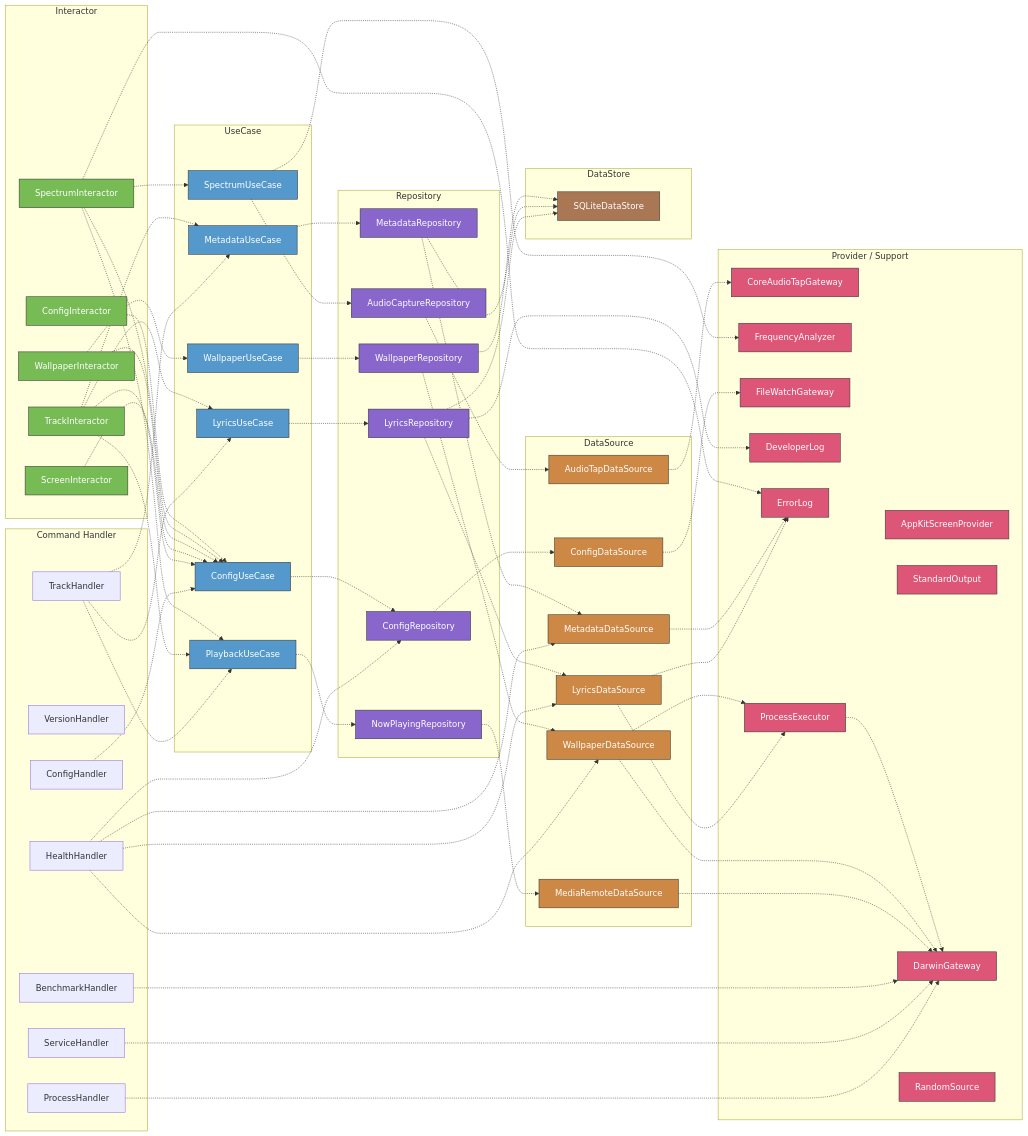
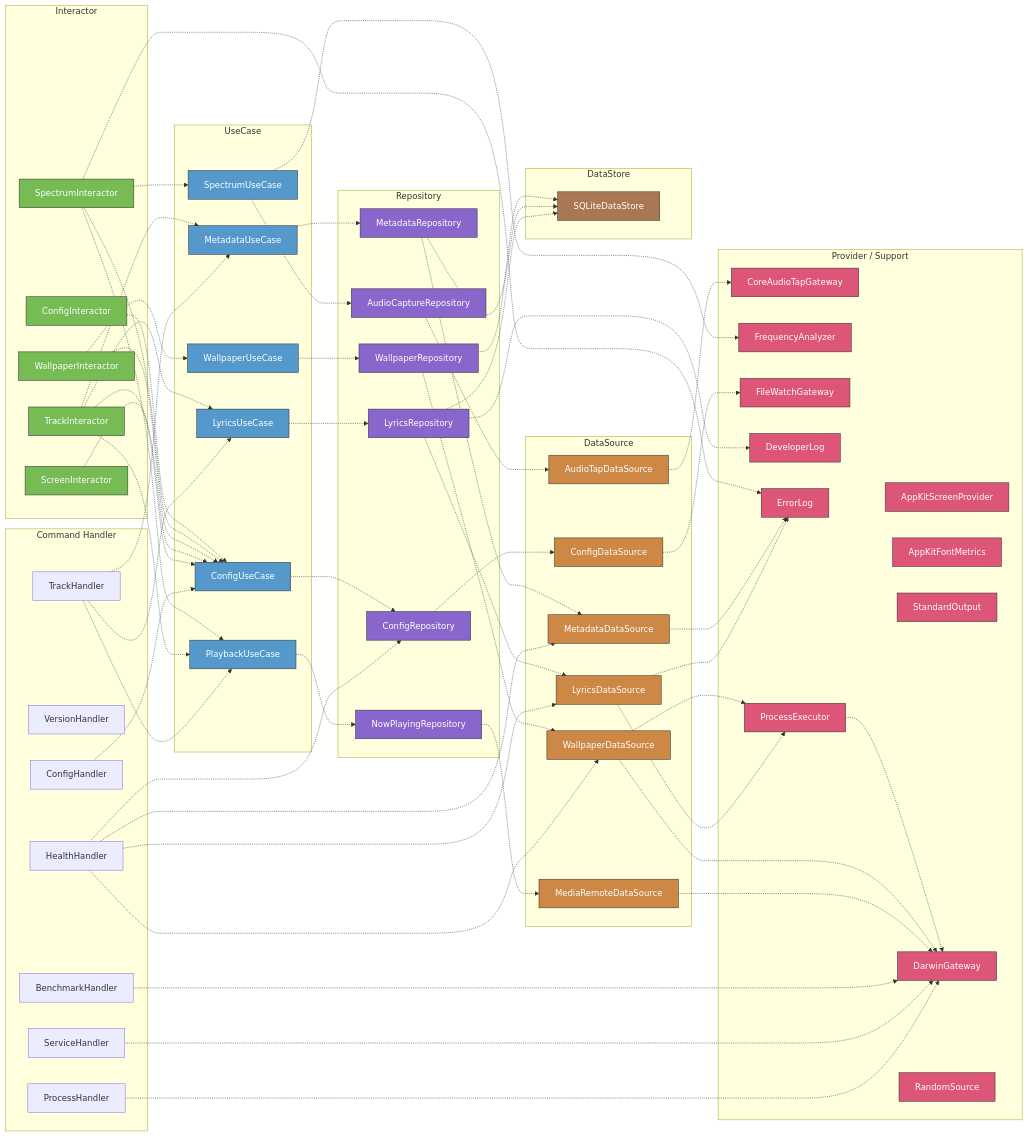
Before and after one commit to GeneralD/lyra: the second of 3 diagrams in docs/ARCHITECTURE.md, drawn with Mermaid. The commit also changed other lines of this file and 4 other files, not shown here.

First line of the commit message:
refactor(#372): AppKitFontMetrics を DI から独立したモジュールに移す

```diff
--- a/docs/ARCHITECTURE.md
+++ b/docs/ARCHITECTURE.md
@@ -145,6 +145,7 @@
 
     subgraph Support["Provider / Support"]
         AppKitScreenProvider[AppKitScreenProvider]
+        AppKitFontMetrics[AppKitFontMetrics]
         StandardOutput[StandardOutput]
         DarwinGateway[DarwinGateway]
         CoreAudioTapGateway[CoreAudioTapGateway]
@@ -217,6 +218,7 @@
     style WallpaperDataSource fill:#c84,stroke:#333,color:#fff
     style AudioTapDataSource fill:#c84,stroke:#333,color:#fff
     style AppKitScreenProvider fill:#d57,stroke:#333,color:#fff
+    style AppKitFontMetrics fill:#d57,stroke:#333,color:#fff
     style StandardOutput fill:#d57,stroke:#333,color:#fff
     style DarwinGateway fill:#d57,stroke:#333,color:#fff
     style CoreAudioTapGateway fill:#d57,stroke:#333,color:#fff
```
